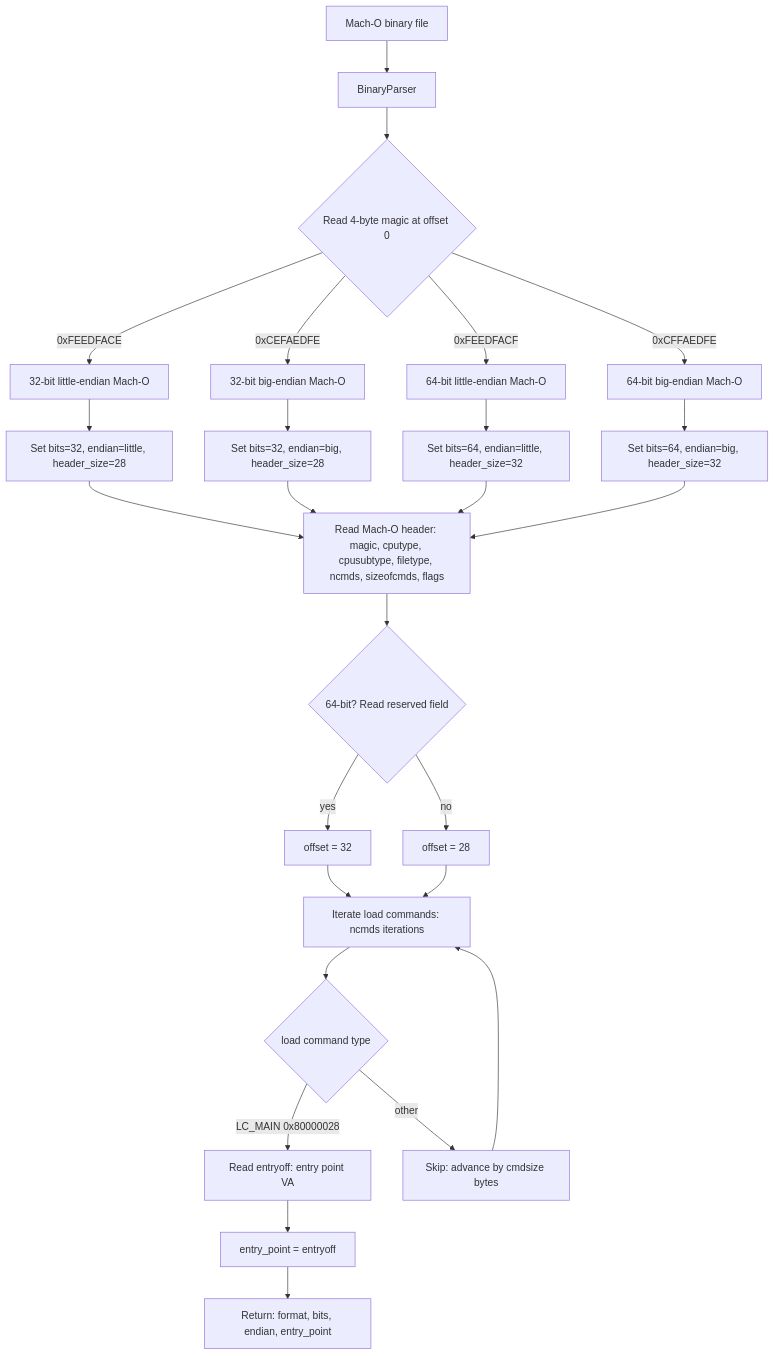
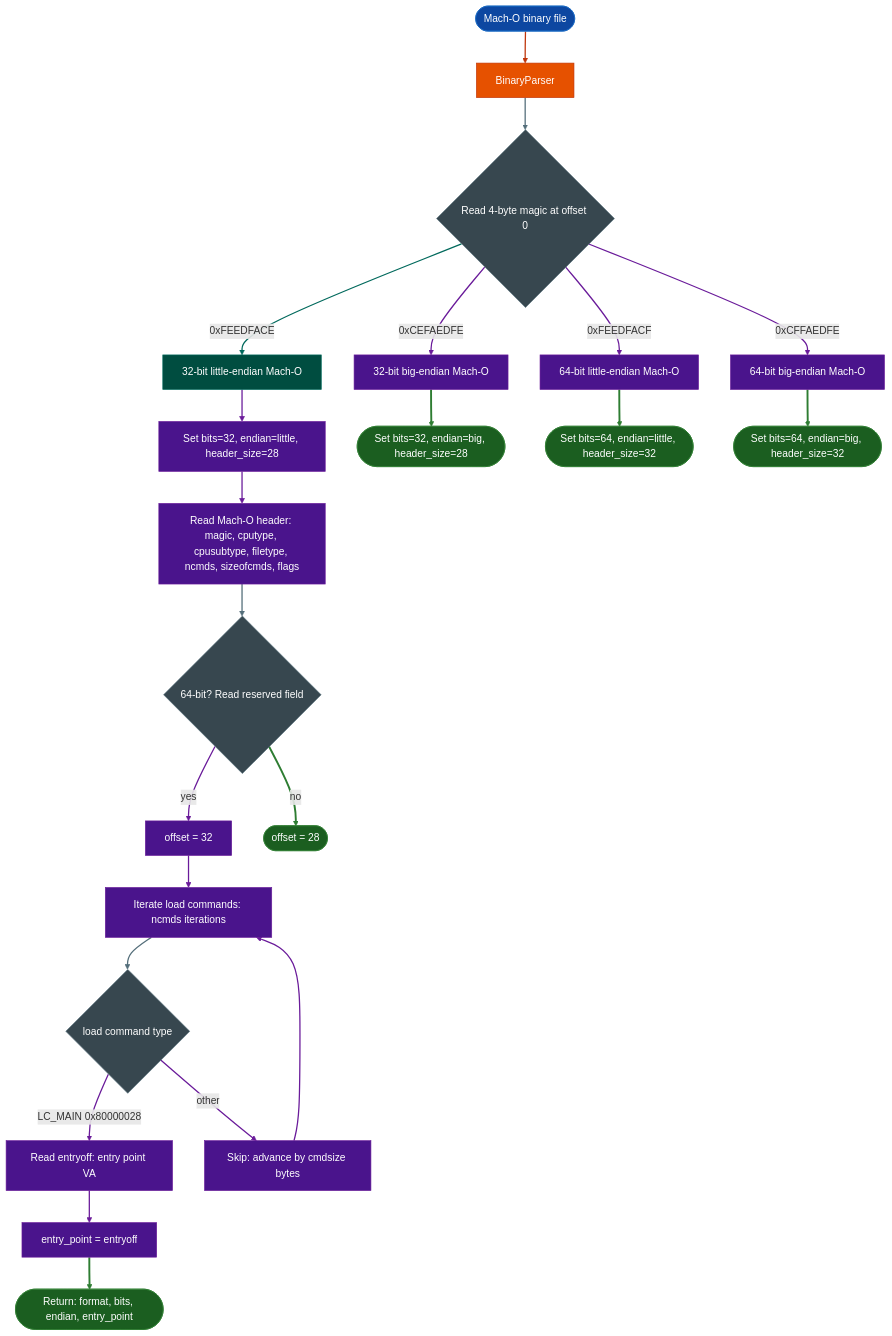
One commit to Ablation-Tool/ablation changed the diagram in docs/reference-modules/mach-o-internals.md. Above: the diagram before and after it, drawn with Mermaid. The commit also changed 320 other files, not shown here.

First line of the commit message:
docs: apply canonical Mermaid template to all 321 diagrams

````diff
--- a/docs/reference-modules/mach-o-internals.md
+++ b/docs/reference-modules/mach-o-internals.md
@@ -19,24 +19,51 @@
 ```mermaid
 flowchart TD
-    A[Mach-O binary file] --> B[BinaryParser]
-    B --> C{Read 4-byte magic at offset 0}
-    C -->|0xFEEDFACE| D[32-bit little-endian Mach-O]
-    C -->|0xCEFAEDFE| E[32-bit big-endian Mach-O]
-    C -->|0xFEEDFACF| F[64-bit little-endian Mach-O]
-    C -->|0xCFFAEDFE| G[64-bit big-endian Mach-O]
-    D --> H[Set bits=32, endian=little, header_size=28]
-    E --> I[Set bits=32, endian=big, header_size=28]
-    F --> J[Set bits=64, endian=little, header_size=32]
-    G --> K[Set bits=64, endian=big, header_size=32]
-    H & I & J & K --> L[Read Mach-O header: magic, cputype, cpusubtype, filetype, ncmds, sizeofcmds, flags]
-    L --> M{64-bit? Read reserved field}
-    M -->|yes| N[offset = 32]
-    M -->|no| O[offset = 28]
-    N & O --> P[Iterate load commands: ncmds iterations]
-    P --> Q{load command type}
-    Q -->|LC_MAIN 0x80000028| R[Read entryoff: entry point VA]
-    Q -->|other| S[Skip: advance by cmdsize bytes]
-    R --> T[entry_point = entryoff]
-    T --> U[Return: format, bits, endian, entry_point]
-    S --> P
+    A(["Mach-O binary file"]):::input --> B["BinaryParser"]:::primary
+    B:::primary --> C{"Read 4-byte magic at offset 0"}:::neutral
+    C:::neutral -->|0xFEEDFACE| D["32-bit little-endian Mach-O"]:::secondary
+    C:::neutral -->|0xCEFAEDFE| E["32-bit big-endian Mach-O"]:::tertiary
+    C:::neutral -->|0xFEEDFACF| F["64-bit little-endian Mach-O"]:::tertiary
+    C:::neutral -->|0xCFFAEDFE| G["64-bit big-endian Mach-O"]:::tertiary
+    D:::secondary --> H["Set bits=32, endian=little, header_size=28"]:::tertiary
+    E:::tertiary --> I(["Set bits=32, endian=big, header_size=28"]):::output
+    F:::tertiary --> J(["Set bits=64, endian=little, header_size=32"]):::output
+    G:::tertiary --> K(["Set bits=64, endian=big, header_size=32"]):::output
+    H:::tertiary --> L["Read Mach-O header: magic, cputype, cpusubtype, filetype, ncmds, sizeofcmds, flags"]:::tertiary
+    L:::tertiary --> M{"64-bit? Read reserved field"}:::neutral
+    M:::neutral -->|yes| N["offset = 32"]:::tertiary
+    M:::neutral -->|no| O(["offset = 28"]):::output
+    N:::tertiary --> P["Iterate load commands: ncmds iterations"]:::tertiary
+    P:::tertiary --> Q{"load command type"}:::neutral
+    Q:::neutral -->|LC_MAIN 0x80000028| R["Read entryoff: entry point VA"]:::tertiary
+    Q:::neutral -->|other| S["Skip: advance by cmdsize bytes"]:::tertiary
+    R:::tertiary --> T["entry_point = entryoff"]:::tertiary
+    T:::tertiary --> U(["Return: format, bits, endian, entry_point"]):::output
+    S:::tertiary --> P:::tertiary
+    classDef input     fill:#0d47a1,stroke:#1565c0,color:#fff
+    classDef primary   fill:#e65100,stroke:#bf360c,color:#fff
+    classDef secondary fill:#004d40,stroke:#00695c,color:#fff
+    classDef tertiary  fill:#4a148c,stroke:#6a1b9a,color:#fff
+    classDef neutral   fill:#37474f,stroke:#546e7a,color:#fff
+    classDef output    fill:#1b5e20,stroke:#2e7d32,color:#fff
+    linkStyle 0 stroke:#bf360c,stroke-width:2px
+    linkStyle 1 stroke:#546e7a,stroke-width:2px
+    linkStyle 2 stroke:#00695c,stroke-width:2px
+    linkStyle 3 stroke:#6a1b9a,stroke-width:2px
+    linkStyle 4 stroke:#6a1b9a,stroke-width:2px
+    linkStyle 5 stroke:#6a1b9a,stroke-width:2px
+    linkStyle 6 stroke:#6a1b9a,stroke-width:2px
+    linkStyle 7 stroke:#2e7d32,stroke-width:3px
+    linkStyle 8 stroke:#2e7d32,stroke-width:3px
+    linkStyle 9 stroke:#2e7d32,stroke-width:3px
+    linkStyle 10 stroke:#6a1b9a,stroke-width:2px
+    linkStyle 11 stroke:#546e7a,stroke-width:2px
+    linkStyle 12 stroke:#6a1b9a,stroke-width:2px
+    linkStyle 13 stroke:#2e7d32,stroke-width:3px
+    linkStyle 14 stroke:#6a1b9a,stroke-width:2px
+    linkStyle 15 stroke:#546e7a,stroke-width:2px
+    linkStyle 16 stroke:#6a1b9a,stroke-width:2px
+    linkStyle 17 stroke:#6a1b9a,stroke-width:2px
+    linkStyle 18 stroke:#6a1b9a,stroke-width:2px
+    linkStyle 19 stroke:#2e7d32,stroke-width:3px
+    linkStyle 20 stroke:#6a1b9a,stroke-width:2px
 ```
````
